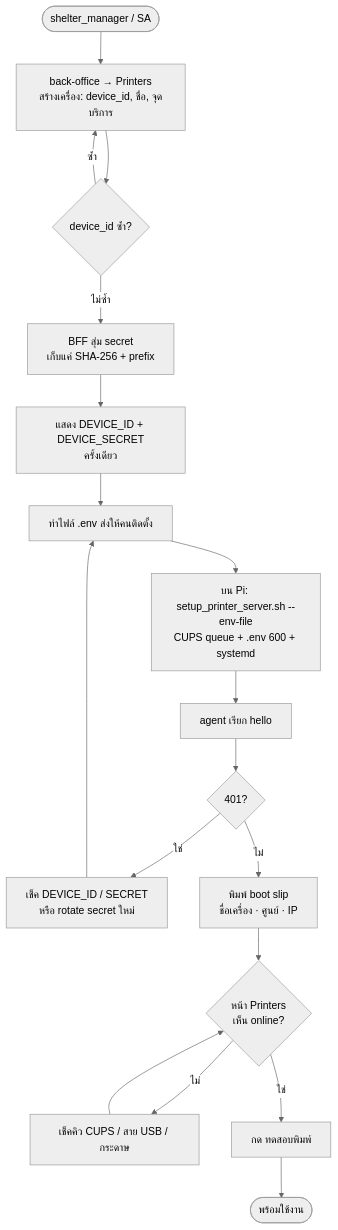
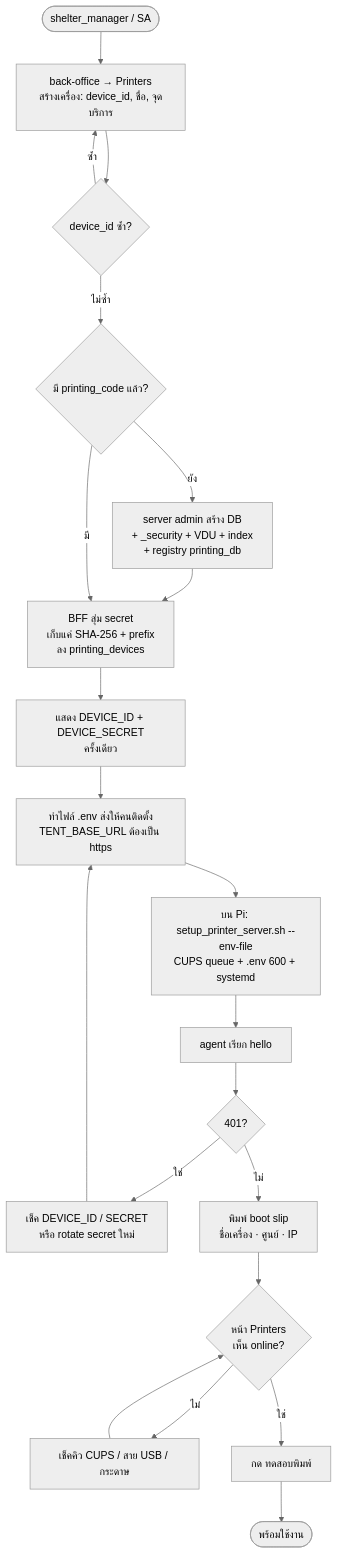
Before and after one commit to r202-coe-psu/tent: the second of 7 diagrams in docs/changes/draft-print-server.md, drawn with Mermaid (neutral theme). The commit also changed other lines of this file, not shown here.

Commit message:
docs(printers): revise print server draft cr per pr review

````diff
--- a/docs/changes/draft-print-server.md
+++ b/docs/changes/draft-print-server.md
@@ -137,17 +208,19 @@
 ```mermaid
 flowchart TD
     A([shelter_manager / SA]) --> B[back-office → Printers<br/>สร้างเครื่อง: device_id, ชื่อ, จุดบริการ]
     B --> C{device_id ซ้ำ?}
     C -- ซ้ำ --> B
-    C -- ไม่ซ้ำ --> D[BFF สุ่ม secret<br/>เก็บแค่ SHA-256 + prefix]
+    C -- ไม่ซ้ำ --> P{มี printing_code แล้ว?}
+    P -- ยัง --> P1[server admin สร้าง DB<br/>+ _security + VDU + index<br/>+ registry printing_db] --> D
+    P -- มี --> D[BFF สุ่ม secret<br/>เก็บแค่ SHA-256 + prefix<br/>ลง printing_devices]
     D --> E[แสดง DEVICE_ID + DEVICE_SECRET<br/>ครั้งเดียว]
-    E --> F[ทำไฟล์ .env ส่งให้คนติดตั้ง]
+    E --> F[ทำไฟล์ .env ส่งให้คนติดตั้ง<br/>TENT_BASE_URL ต้องเป็น https]
     F --> G[บน Pi: setup_printer_server.sh --env-file<br/>CUPS queue + .env 600 + systemd]
     G --> H[agent เรียก hello]
     H --> I{401?}
     I -- ใช่ --> J[เช็ค DEVICE_ID / SECRET<br/>หรือ rotate secret ใหม่] --> F
     I -- ไม่ --> K[พิมพ์ boot slip<br/>ชื่อเครื่อง · ศูนย์ · IP]
     K --> L{หน้า Printers<br/>เห็น online?}
     L -- ไม่ --> M[เช็คคิว CUPS / สาย USB / กระดาษ] --> L
     L -- ใช่ --> N[กด ทดสอบพิมพ์] --> O([พร้อมใช้งาน])
 ```
````
